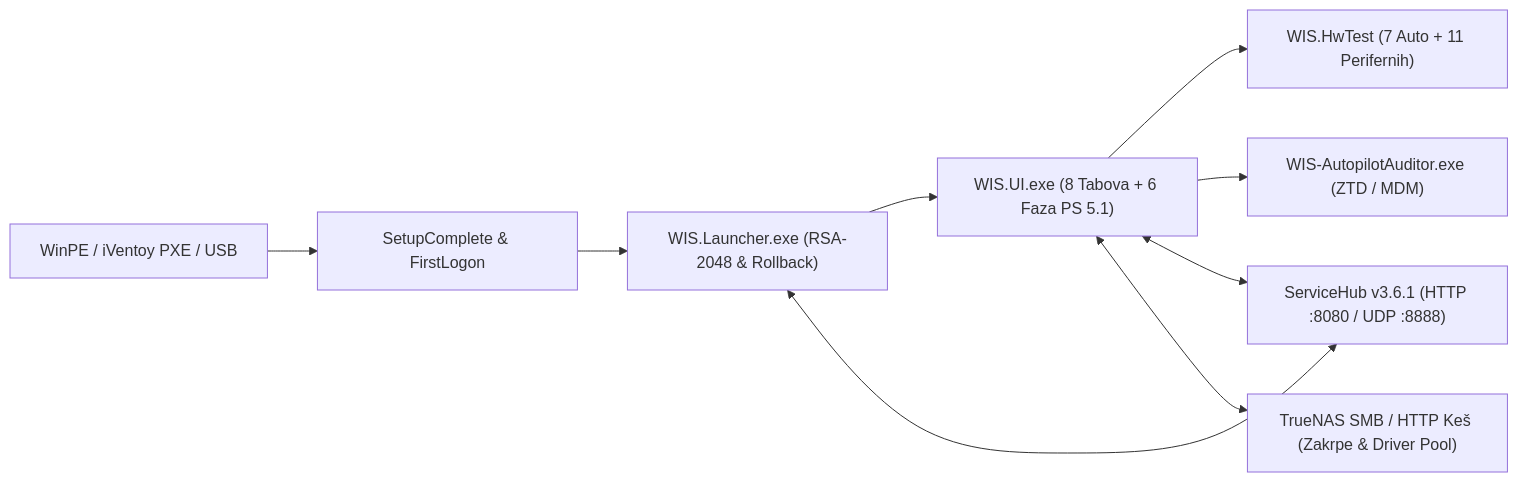
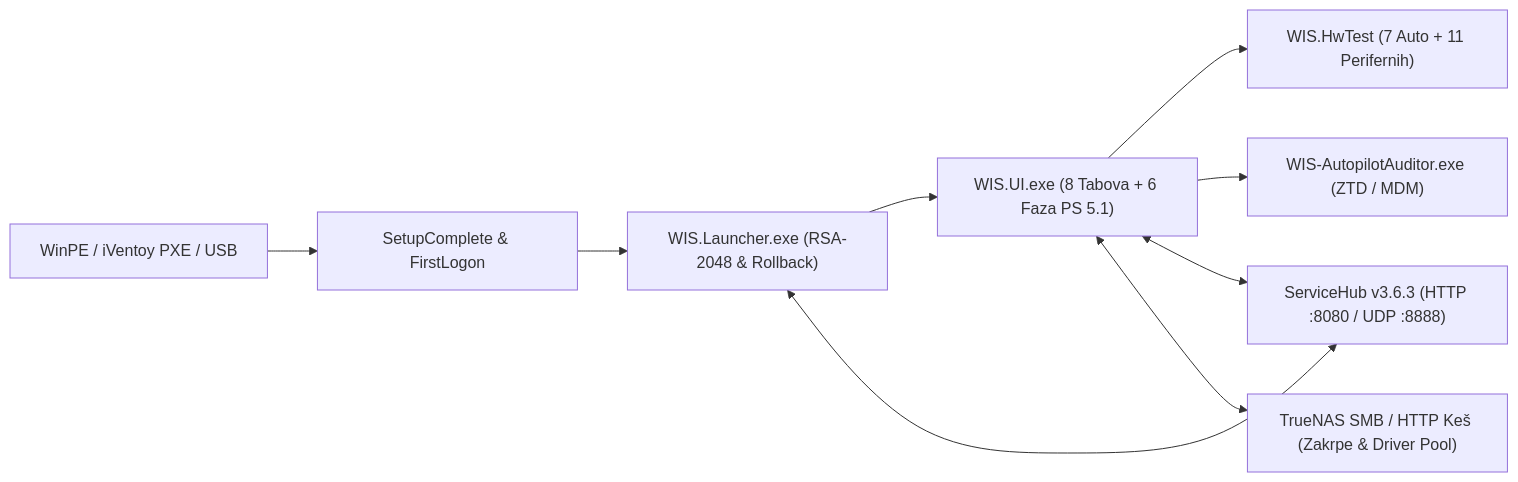
One commit to Gruya13/WIS changed the diagram in README.md. Above: the diagram before and after it, drawn with Mermaid. The commit also changed other lines of this file and 65 other files, not shown here.

First line of the commit message:
Release WIS v3.4.3 / ServiceHub v3.6.3 (WIS-TASK-268: V343-01..V343-08)

````diff
--- a/README.md
+++ b/README.md
@@ -27,11 +27,11 @@
 ```mermaid
 flowchart LR
     PXE["WinPE / iVentoy PXE / USB"] --> BOOT["SetupComplete & FirstLogon"]
     BOOT --> LAUNCHER["WIS.Launcher.exe (RSA-2048 & Rollback)"]
     LAUNCHER --> UI["WIS.UI.exe (8 Tabova + 6 Faza PS 5.1)"]
     UI --> HWTEST["WIS.HwTest (7 Auto + 11 Perifernih)"]
     UI --> AUDITOR["WIS-AutopilotAuditor.exe (ZTD / MDM)"]
-    LAUNCHER <--> HUB["ServiceHub v3.6.1 (HTTP :8080 / UDP :8888)"]
+    LAUNCHER <--> HUB["ServiceHub v3.6.3 (HTTP :8080 / UDP :8888)"]
     UI <--> HUB
     UI <--> NAS["TrueNAS SMB / HTTP Keš (Zakrpe & Driver Pool)"]
 ```
````
